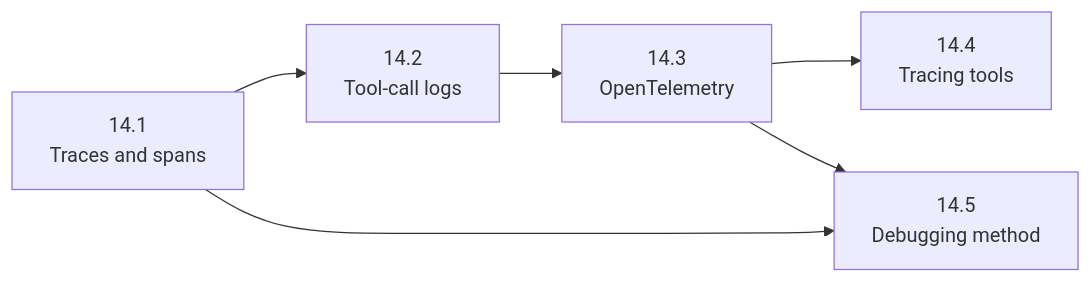
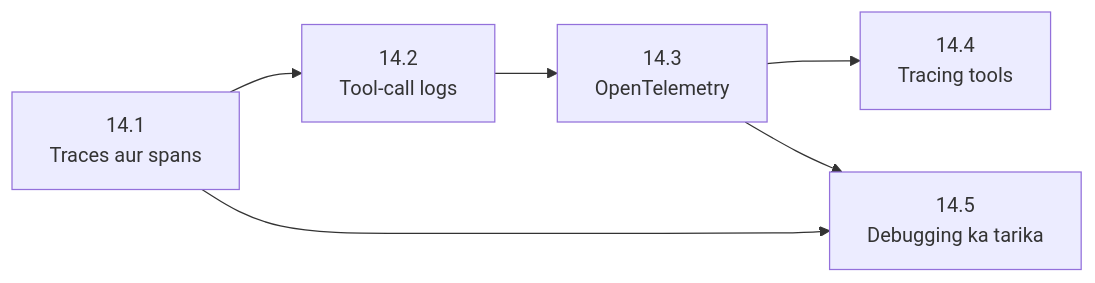
The diagram in docs/14-observability-and-debugging/README.md (asmustechno/agentic-ai-notes), drawn with Mermaid before and after one commit. The commit also changed other lines of this file and 135 other files, not shown here.

````diff
--- a/docs/14-observability-and-debugging/README.md
+++ b/docs/14-observability-and-debugging/README.md
@@ -29,8 +29,8 @@
 ```mermaid
 flowchart LR
-    A["14.1<br/>Traces and spans"] --> B["14.2<br/>Tool-call logs"]
+    A["14.1<br/>Traces aur spans"] --> B["14.2<br/>Tool-call logs"]
     B --> C["14.3<br/>OpenTelemetry"]
     C --> D["14.4<br/>Tracing tools"]
-    A --> E["14.5<br/>Debugging method"]
+    A --> E["14.5<br/>Debugging ka tarika"]
     C --> E
 ```
````
